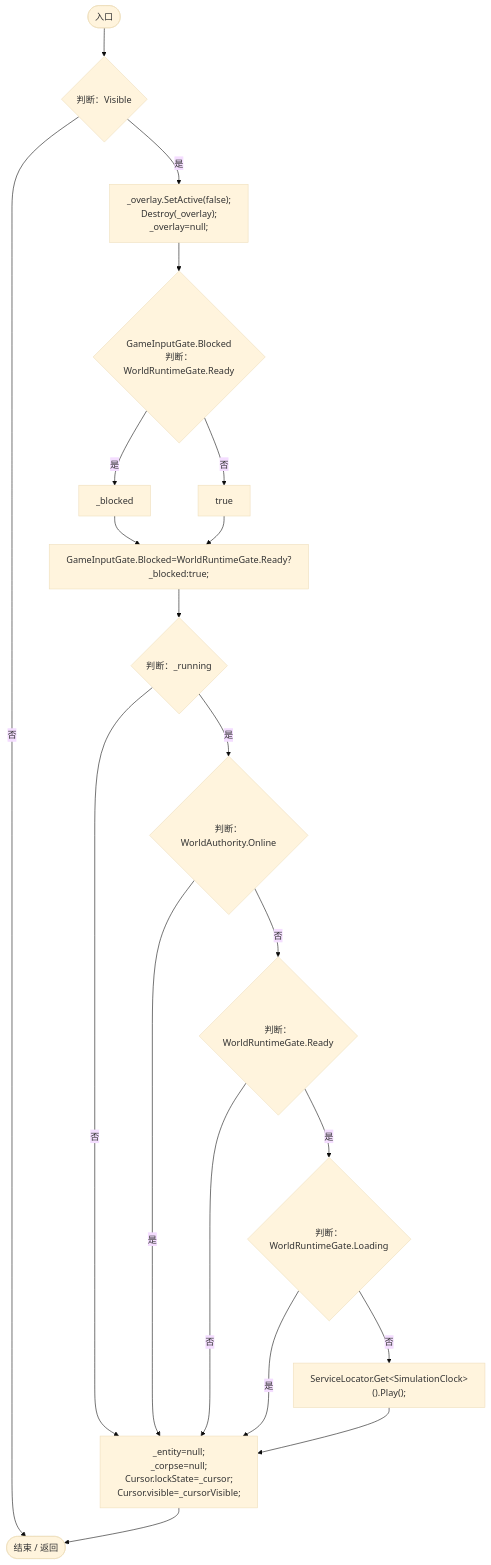
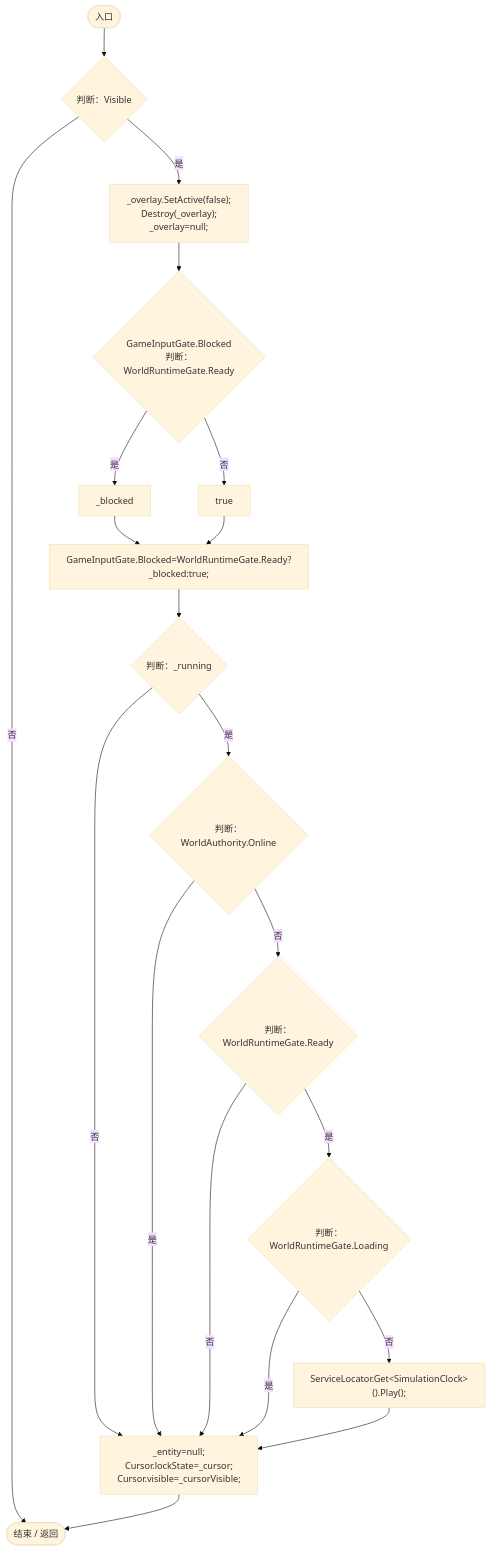
Diagram 11 of 15 in Docs/运行流程图/脚本/79ed73ecd9855f79.md (xhs6666/Darwin_paradise), drawn with Mermaid (base theme) before and after one commit. The commit also changed other lines of this file and 240 other files, not shown here.

````diff
--- a/Docs/运行流程图/脚本/79ed73ecd9855f79.md
+++ b/Docs/运行流程图/脚本/79ed73ecd9855f79.md
@@ -387,37 +355,37 @@
 ```mermaid
 flowchart TD
   b0(["入口"])
   b1{"判断：Visible"}
   b2["_overlay.SetActive(false);<br/>Destroy(_overlay);<br/>_overlay=null;"]
   b3{"GameInputGate.Blocked<br/>判断：WorldRuntimeGate.Ready"}
   b4["_blocked"]
   b5["true"]
   b6["GameInputGate.Blocked=WorldRuntimeGate.Ready?_blocked:true;"]
   b7{"判断：_running"}
   b8{"判断：WorldAuthority.Online"}
   b9{"判断：WorldRuntimeGate.Ready"}
   b10{"判断：WorldRuntimeGate.Loading"}
   b11["ServiceLocator.Get&lt;SimulationClock&gt;().Play();"]
-  b12["_entity=null;<br/>_corpse=null;<br/>Cursor.lockState=_cursor;<br/>Cursor.visible=_cursorVisible;"]
+  b12["_entity=null;<br/>Cursor.lockState=_cursor;<br/>Cursor.visible=_cursorVisible;"]
   b13(["结束 / 返回"])
   b0 --> b1
   b1 -->|"否"| b13
   b1 -->|"是"| b2
   b2 --> b3
   b3 -->|"是"| b4
   b3 -->|"否"| b5
   b4 --> b6
   b5 --> b6
   b6 --> b7
   b7 -->|"是"| b8
   b7 -->|"否"| b12
   b8 -->|"否"| b9
   b8 -->|"是"| b12
   b9 -->|"是"| b10
   b9 -->|"否"| b12
   b10 -->|"否"| b11
   b10 -->|"是"| b12
   b11 --> b12
   b12 --> b13
 
 ```
````
